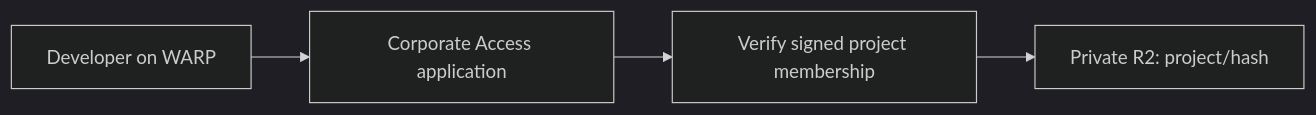
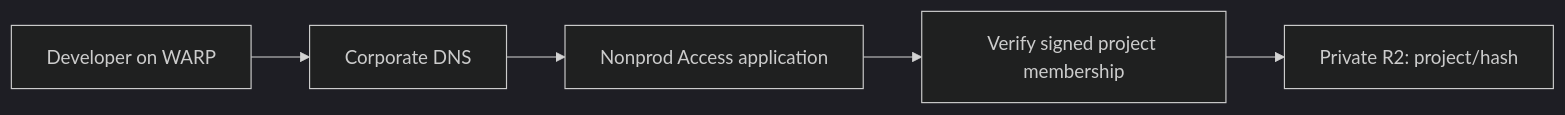
One commit to tractorbeamai/cloudflare-vercel-remote-cache changed the diagram in README.md. Above: the diagram before and after it, drawn with Mermaid (dark theme). The commit also changed other lines of this file and 2 other files, not shown here.

Commit message:
feat(cache): target private nonprod SaaS hostnames

````diff
--- a/README.md
+++ b/README.md
@@ -7,6 +7,7 @@
 ```mermaid
 flowchart LR
-  Client[Developer on WARP] --> Access[Corporate Access application]
+  Client[Developer on WARP] --> DNS[Corporate DNS]
+  DNS --> Access[Nonprod Access application]
   Access --> Worker[Verify signed project membership]
   Worker --> R2[Private R2: project/hash]
 ```
````
